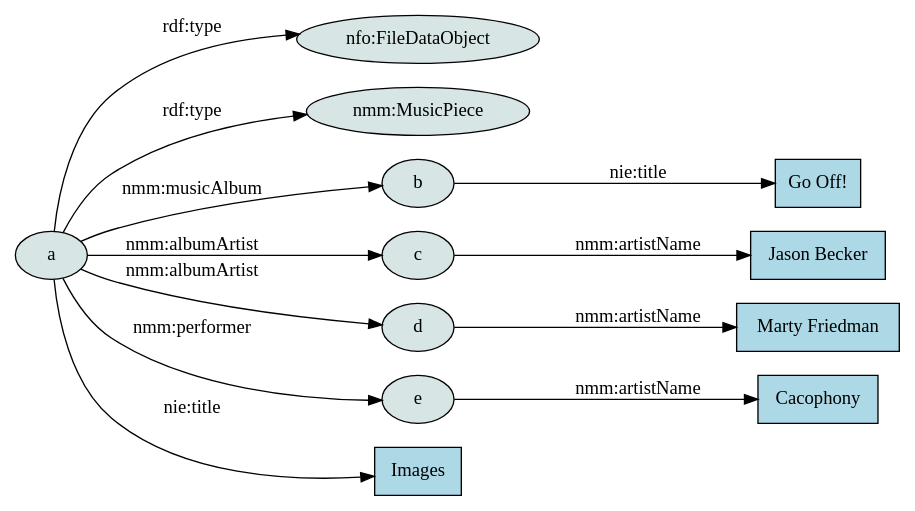
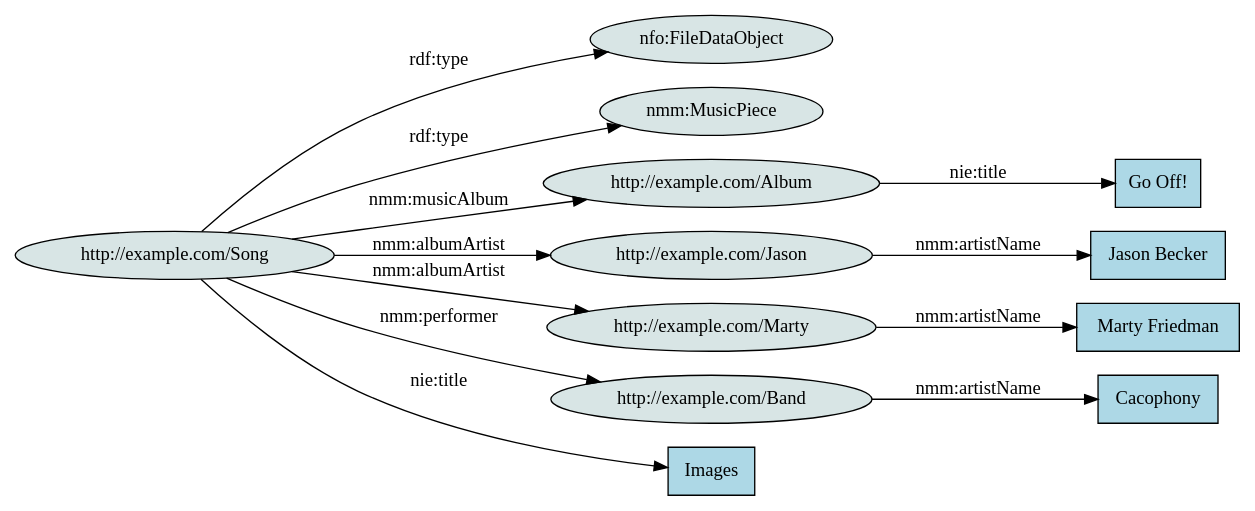
Before and after one commit to GNOME/tinysparql: the diagram in docs/reference/libtracker-sparql/images/triple-graph-2.dot, drawn with Graphviz. The commit also changed 2 other files, not shown here.

```diff
--- a/docs/reference/libtracker-sparql/images/triple-graph-2.dot
+++ b/docs/reference/libtracker-sparql/images/triple-graph-2.dot
@@ -1,20 +1,20 @@
 digraph G {
   rankdir=LR;
   graph [bgcolor="#00000000"];
-  node [fontname="Cantarell", style="filled", shape="ellipse", color="#000000", fillcolor="#d8e5e5"]; a, "nfo:FileDataObject", "nmm:MusicPiece", b, c, d, e;
+  node [fontname="Cantarell", style="filled", shape="ellipse", color="#000000", fillcolor="#d8e5e5"]; "http://example.com/Song", "nfo:FileDataObject", "nmm:MusicPiece", "http://example.com/Album", "http://example.com/Jason", "http://example.com/Marty", "http://example.com/Band";
   node [shape="rectangle", color="#000000", fillcolor="#add8e6"]; Images, "Go Off!", "Marty Friedman", "Jason Becker", "Cacophony";
   edge [fontname="Cantarell"];
 
-  a -> "nfo:FileDataObject" [label="rdf:type"];
-  a -> "nmm:MusicPiece" [label="rdf:type"];
-  a -> "Images" [label="nie:title"];
-  a -> b [label="nmm:musicAlbum"];
-  a -> c [label="nmm:albumArtist"];
-  a -> d [label="nmm:albumArtist"];
-  a -> e [label="nmm:performer"];
+  "http://example.com/Song" -> "nfo:FileDataObject" [label="rdf:type"];
+  "http://example.com/Song" -> "nmm:MusicPiece" [label="rdf:type"];
+  "http://example.com/Song" -> "Images" [label="nie:title"];
+  "http://example.com/Song" -> "http://example.com/Album" [label="nmm:musicAlbum"];
+  "http://example.com/Song" -> "http://example.com/Jason" [label="nmm:albumArtist"];
+  "http://example.com/Song" -> "http://example.com/Marty" [label="nmm:albumArtist"];
+  "http://example.com/Song" -> "http://example.com/Band" [label="nmm:performer"];
 
-  b -> "Go Off!" [label="nie:title"];
-  c -> "Jason Becker" [label="nmm:artistName"];
-  d -> "Marty Friedman" [label="nmm:artistName"];
-  e -> "Cacophony" [label="nmm:artistName"];
+  "http://example.com/Album" -> "Go Off!" [label="nie:title"];
+  "http://example.com/Jason" -> "Jason Becker" [label="nmm:artistName"];
+  "http://example.com/Marty" -> "Marty Friedman" [label="nmm:artistName"];
+  "http://example.com/Band" -> "Cacophony" [label="nmm:artistName"];
 }
```
